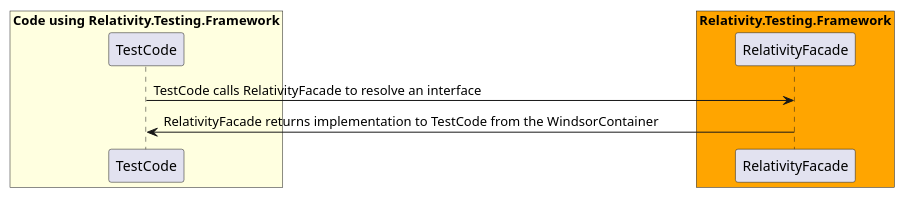
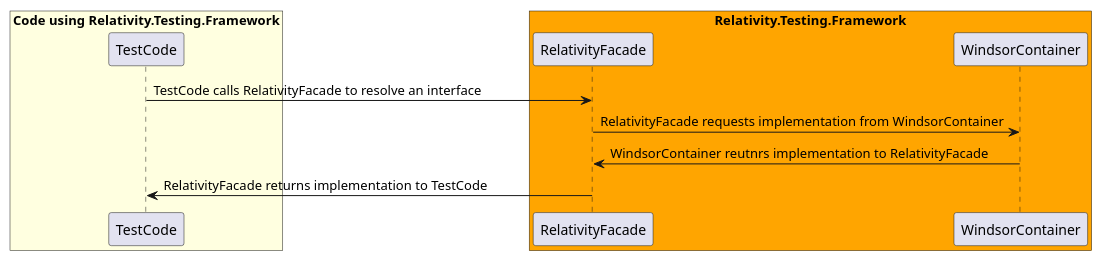
The diagram in docs/dev/SequenceDiagrams/UMLFiles/RegisteredServices.iuml (relativitydev/relativity.testing.framework), drawn with PlantUML before and after one commit.

Commit message:
TESTENG-1465: Add back in WindsorContainer particpant

```diff
--- a/docs/dev/SequenceDiagrams/UMLFiles/RegisteredServices.iuml
+++ b/docs/dev/SequenceDiagrams/UMLFiles/RegisteredServices.iuml
@@ -1,14 +1,17 @@
 @startuml Relativity.Testing.Framework RegisteredServices Sequence Diagram
 
 box "Code using Relativity.Testing.Framework" #LightYellow
 participant "TestCode"
 end box
 
 box "Relativity.Testing.Framework" #Orange
 participant "RelativityFacade"
+participant "WindsorContainer"
 end box
 
 "TestCode" -> "RelativityFacade" : TestCode calls RelativityFacade to resolve an interface
-"TestCode" <- "RelativityFacade" : RelativityFacade returns implementation to TestCode from the WindsorContainer
+"RelativityFacade" -> "WindsorContainer" : RelativityFacade requests implementation from WindsorContainer
+"WindsorContainer" -> "RelativityFacade" : WindsorContainer reutnrs implementation to RelativityFacade
+"RelativityFacade" -> "TestCode" : RelativityFacade returns implementation to TestCode
 
 @enduml
```
